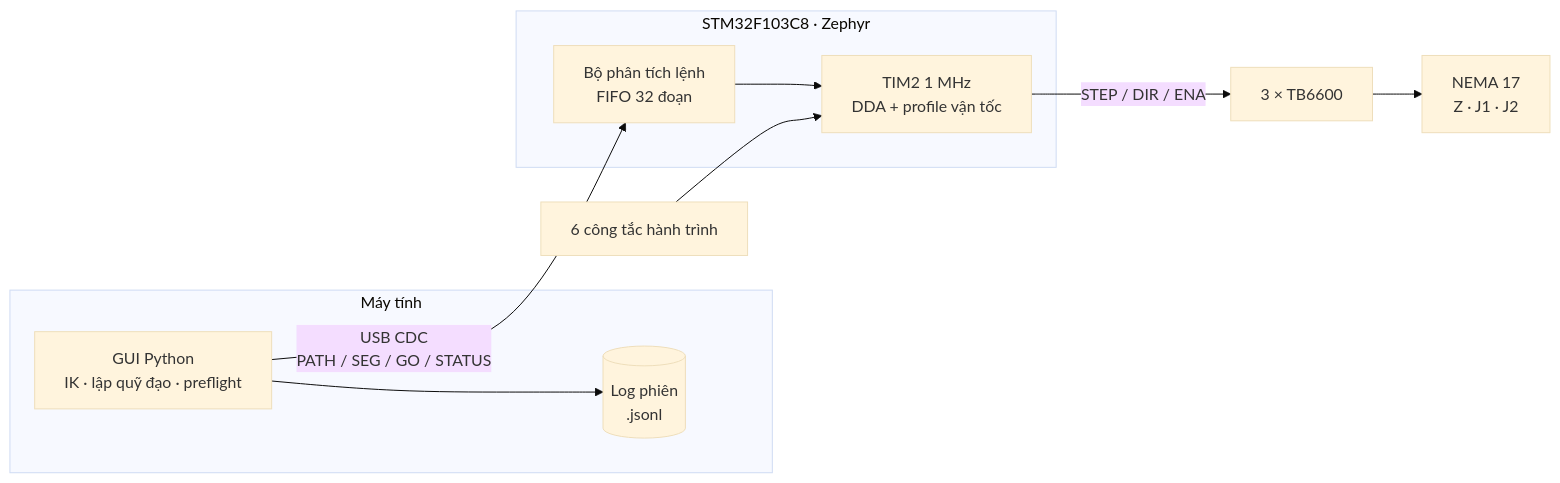
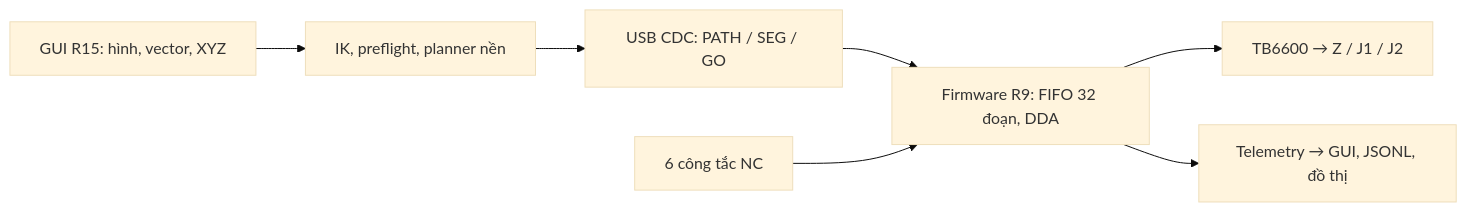
Before and after one commit to TuanLinh05/SCARA-Robot: the diagram in README.md, drawn with Mermaid (base theme). The commit also changed other lines of this file, not shown here.

````diff
--- a/README.md
+++ b/README.md
@@ -396,17 +228,9 @@
 ```mermaid
 flowchart LR
-    subgraph PC["Máy tính"]
-        GUI["GUI Python<br/>IK · lập quỹ đạo · preflight"]
-        LOG[("Log phiên<br/>.jsonl")]
-        GUI --> LOG
-    end
-    subgraph MCU["STM32F103C8 · Zephyr"]
-        CMD["Bộ phân tích lệnh<br/>FIFO 32 đoạn"]
-        PULSE["TIM2 1 MHz<br/>DDA + profile vận tốc"]
-        CMD --> PULSE
-    end
-    GUI -- "USB CDC<br/>PATH / SEG / GO / STATUS" --> CMD
-    PULSE -- "STEP / DIR / ENA" --> DRV["3 × TB6600"]
-    DRV --> MOT["NEMA 17<br/>Z · J1 · J2"]
-    SW["6 công tắc hành trình"] --> PULSE
+    GUI["GUI R15: hình, vector, XYZ"] --> PLAN["IK, preflight, planner nền"]
+    PLAN --> USB["USB CDC: PATH / SEG / GO"]
+    USB --> FW["Firmware R9: FIFO 32 đoạn, DDA"]
+    FW --> MOTOR["TB6600 → Z / J1 / J2"]
+    NC["6 công tắc NC"] --> FW
+    FW --> DATA["Telemetry → GUI, JSONL, đồ thị"]
 ```
````
